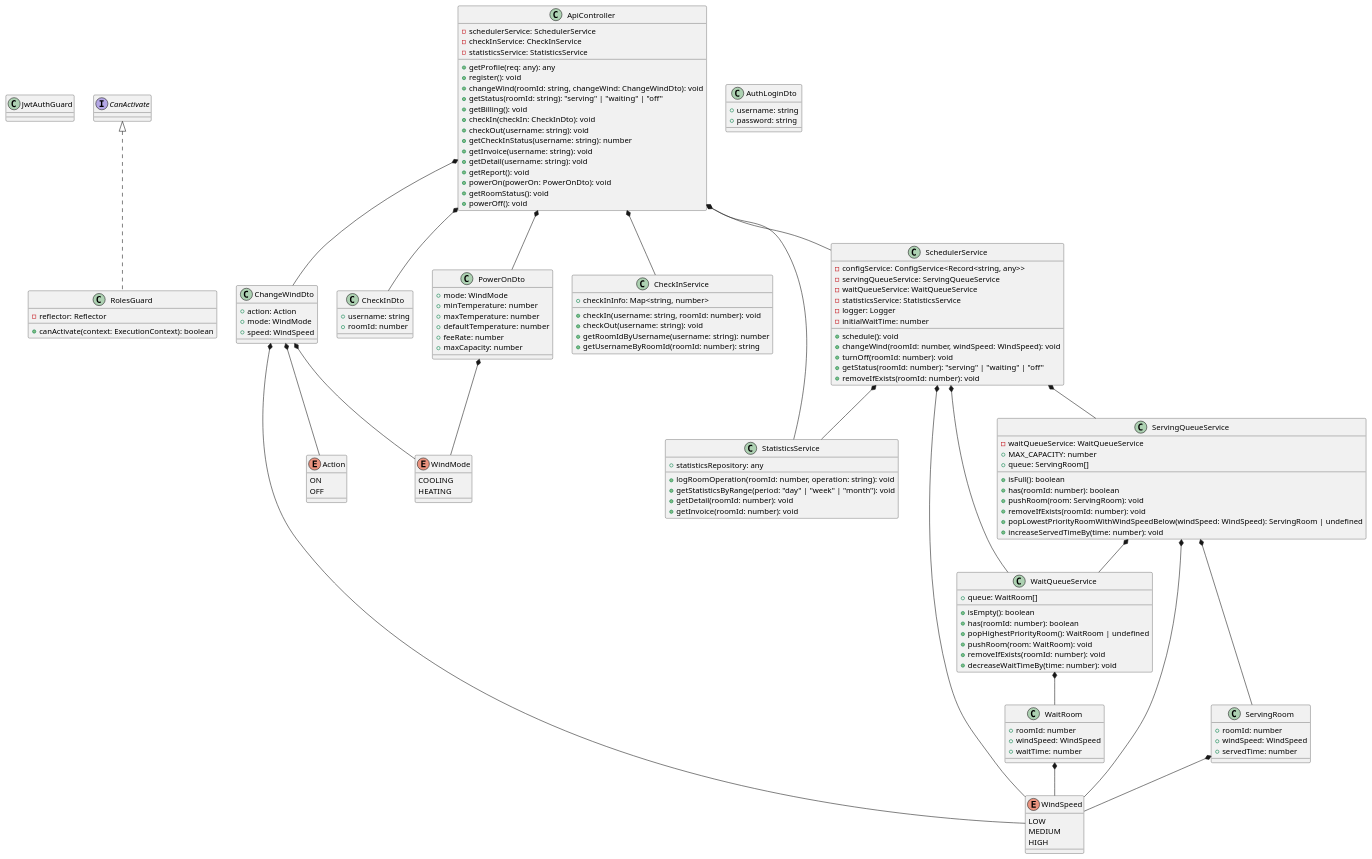
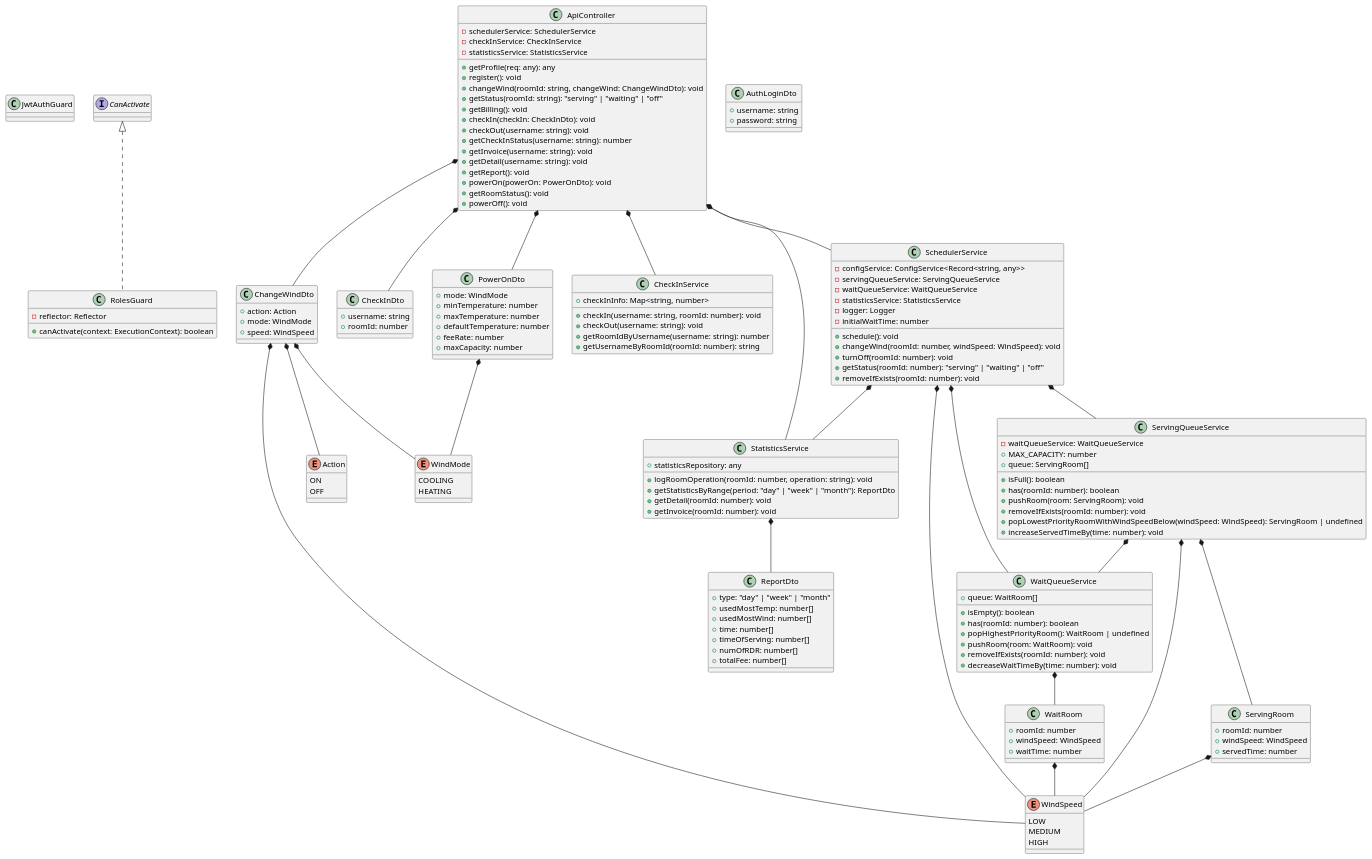
One commit to imtsuki/aircon changed the diagram in docs/img/classes.puml. Above: the diagram before and after it, drawn with PlantUML. The commit also changed 21 other files, not shown here.

```diff
--- a/docs/img/classes.puml
+++ b/docs/img/classes.puml
@@ -1,137 +1,147 @@
 @startuml
 class JwtAuthGuard
 class RolesGuard implements CanActivate {
     -reflector: Reflector
     +canActivate(context: ExecutionContext): boolean
 }
 enum WindSpeed {
     LOW
     MEDIUM
     HIGH
 }
 enum WindMode {
     COOLING
     HEATING
 }
 enum Action {
     ON
     OFF
 }
 class ChangeWindDto {
     +action: Action
     +mode: WindMode
     +speed: WindSpeed
 }
 class AuthLoginDto {
     +username: string
     +password: string
 }
 class CheckInDto {
     +username: string
     +roomId: number
 }
 class PowerOnDto {
     +mode: WindMode
     +minTemperature: number
     +maxTemperature: number
     +defaultTemperature: number
     +feeRate: number
     +maxCapacity: number
+}
+class ReportDto {
+    +type: "day" | "week" | "month"
+    +usedMostTemp: number[]
+    +usedMostWind: number[]
+    +time: number[]
+    +timeOfServing: number[]
+    +numOfRDR: number[]
+    +totalFee: number[]
 }
 class CheckInService {
     +checkInInfo: Map<string, number>
     +checkIn(username: string, roomId: number): void
     +checkOut(username: string): void
     +getRoomIdByUsername(username: string): number
     +getUsernameByRoomId(roomId: number): string
 }
 class WaitQueueService {
     +queue: WaitRoom[]
     +isEmpty(): boolean
     +has(roomId: number): boolean
     +popHighestPriorityRoom(): WaitRoom | undefined
     +pushRoom(room: WaitRoom): void
     +removeIfExists(roomId: number): void
     +decreaseWaitTimeBy(time: number): void
 }
 class WaitRoom {
     +roomId: number
     +windSpeed: WindSpeed
     +waitTime: number
 }
 class ServingQueueService {
     -waitQueueService: WaitQueueService
     +MAX_CAPACITY: number
     +queue: ServingRoom[]
     +isFull(): boolean
     +has(roomId: number): boolean
     +pushRoom(room: ServingRoom): void
     +removeIfExists(roomId: number): void
     +popLowestPriorityRoomWithWindSpeedBelow(windSpeed: WindSpeed): ServingRoom | undefined
     +increaseServedTimeBy(time: number): void
 }
 class ServingRoom {
     +roomId: number
     +windSpeed: WindSpeed
     +servedTime: number
 }
 class StatisticsService {
     +statisticsRepository: any
     +logRoomOperation(roomId: number, operation: string): void
-    +getStatisticsByRange(period: "day" | "week" | "month"): void
+    +getStatisticsByRange(period: "day" | "week" | "month"): ReportDto
     +getDetail(roomId: number): void
     +getInvoice(roomId: number): void
 }
 class SchedulerService {
     -configService: ConfigService<Record<string, any>>
     -servingQueueService: ServingQueueService
     -waitQueueService: WaitQueueService
     -statisticsService: StatisticsService
     -logger: Logger
     -initialWaitTime: number
     +schedule(): void
     +changeWind(roomId: number, windSpeed: WindSpeed): void
     +turnOff(roomId: number): void
     +getStatus(roomId: number): "serving" | "waiting" | "off"
     +removeIfExists(roomId: number): void
 }
 class ApiController {
     -schedulerService: SchedulerService
     -checkInService: CheckInService
     -statisticsService: StatisticsService
     +getProfile(req: any): any
     +register(): void
     +changeWind(roomId: string, changeWind: ChangeWindDto): void
     +getStatus(roomId: string): "serving" | "waiting" | "off"
     +getBilling(): void
     +checkIn(checkIn: CheckInDto): void
     +checkOut(username: string): void
     +getCheckInStatus(username: string): number
     +getInvoice(username: string): void
     +getDetail(username: string): void
     +getReport(): void
     +powerOn(powerOn: PowerOnDto): void
     +getRoomStatus(): void
     +powerOff(): void
 }
 ChangeWindDto *-- Action
 ChangeWindDto *-- WindMode
 ChangeWindDto *-- WindSpeed
 PowerOnDto *-- WindMode
 WaitQueueService *-- WaitRoom
 WaitRoom *-- WindSpeed
 ServingQueueService *-- WaitQueueService
 ServingQueueService *-- ServingRoom
 ServingQueueService *-- WindSpeed
 ServingRoom *-- WindSpeed
+StatisticsService *-- ReportDto
 SchedulerService *-- ServingQueueService
 SchedulerService *-- WaitQueueService
 SchedulerService *-- StatisticsService
 SchedulerService *-- WindSpeed
 ApiController *-- SchedulerService
 ApiController *-- CheckInService
 ApiController *-- StatisticsService
 ApiController *-- ChangeWindDto
 ApiController *-- CheckInDto
 ApiController *-- PowerOnDto
 @enduml
```
